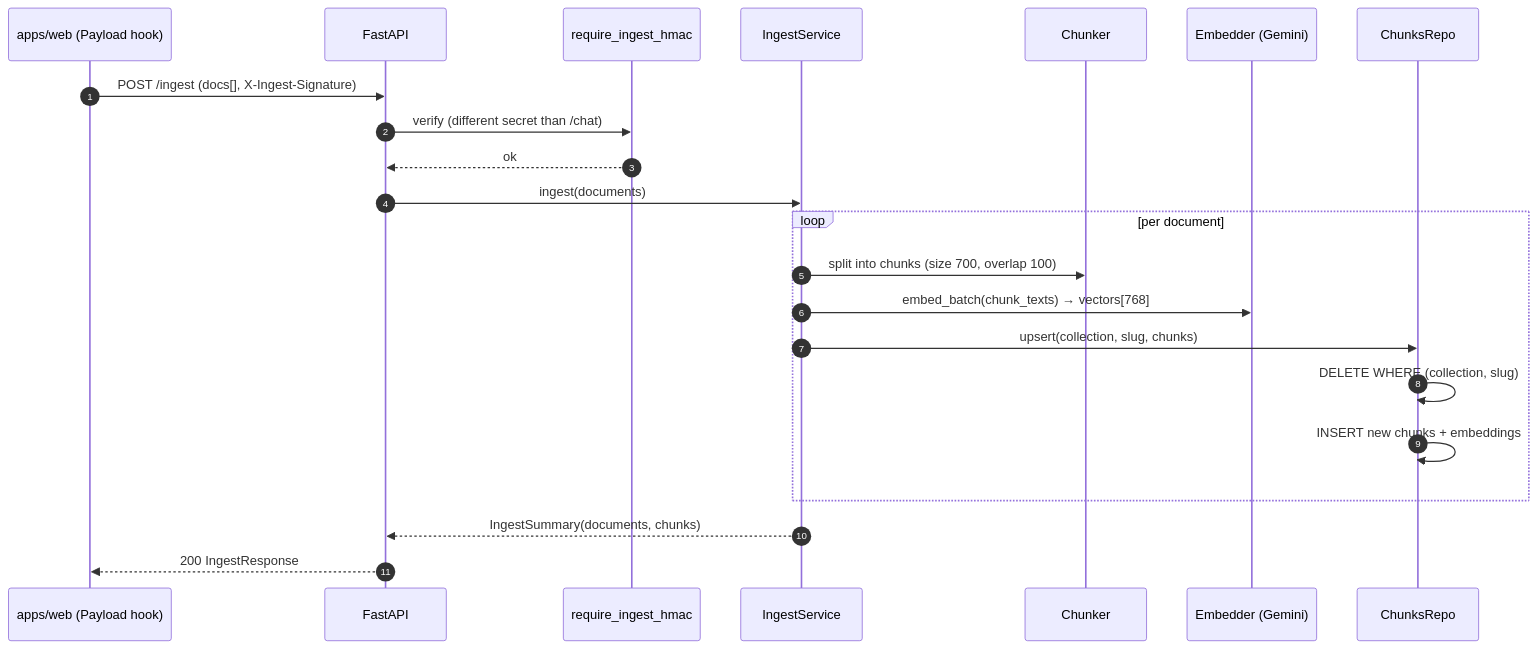
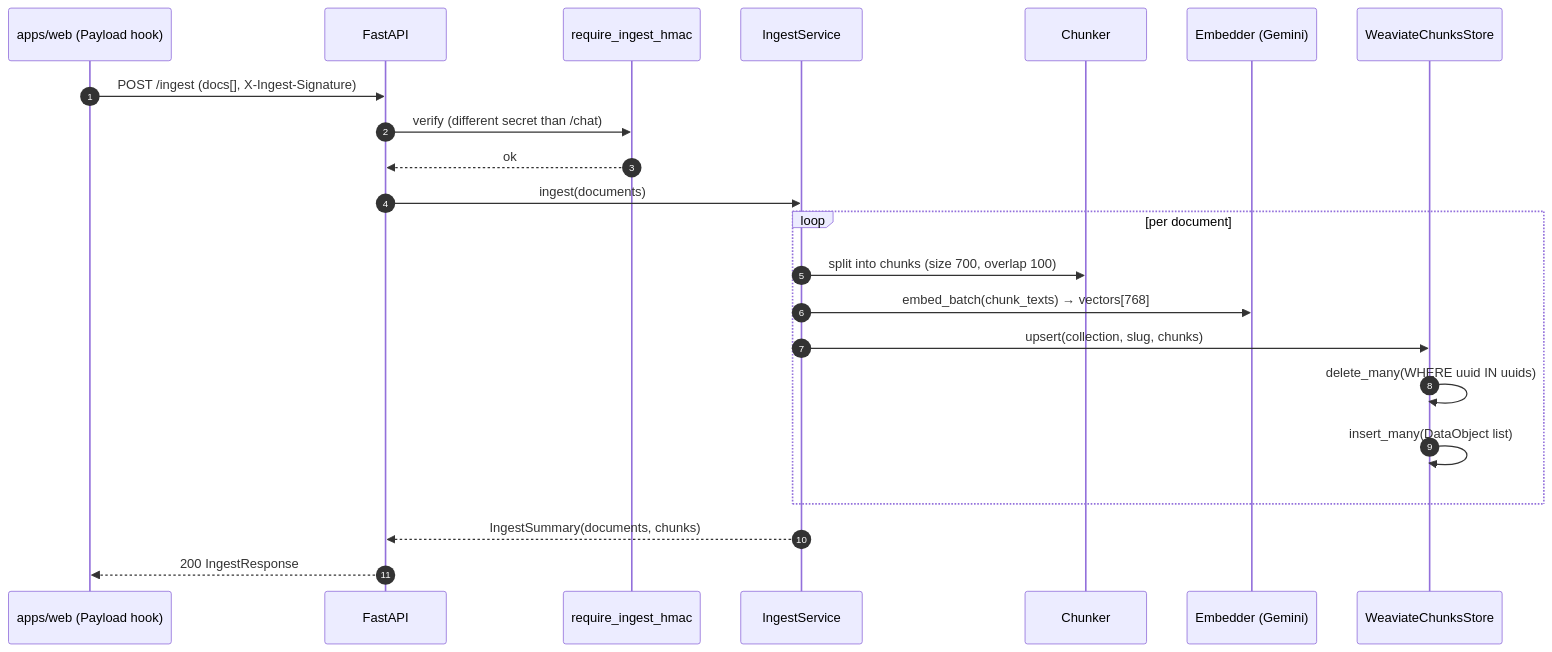
One commit to orvian36/habib36-dev changed the diagram in apps/chatbot/docs/04-ingest-flow.md. Above: the diagram before and after it, drawn with Mermaid. The commit also changed other lines of this file, not shown here.

Commit message:
docs(chatbot): 04-ingest — describe Weaviate upsert/delete flow

````diff
--- a/apps/chatbot/docs/04-ingest-flow.md
+++ b/apps/chatbot/docs/04-ingest-flow.md
@@ -13,24 +13,24 @@
 ```mermaid
 sequenceDiagram
   autonumber
   participant W as apps/web (Payload hook)
   participant F as FastAPI
   participant H as require_ingest_hmac
   participant S as IngestService
   participant C as Chunker
   participant E as Embedder (Gemini)
-  participant R as ChunksRepo
+  participant R as WeaviateChunksStore
   W->>F: POST /ingest (docs[], X-Ingest-Signature)
   F->>H: verify (different secret than /chat)
   H-->>F: ok
   F->>S: ingest(documents)
   loop per document
     S->>C: split into chunks (size 700, overlap 100)
     S->>E: embed_batch(chunk_texts) → vectors[768]
     S->>R: upsert(collection, slug, chunks)
-    R->>R: DELETE WHERE (collection, slug)
-    R->>R: INSERT new chunks + embeddings
+    R->>R: delete_many(WHERE uuid IN uuids)
+    R->>R: insert_many(DataObject list)
   end
   S-->>F: IngestSummary(documents, chunks)
   F-->>W: 200 IngestResponse
 ```
````
